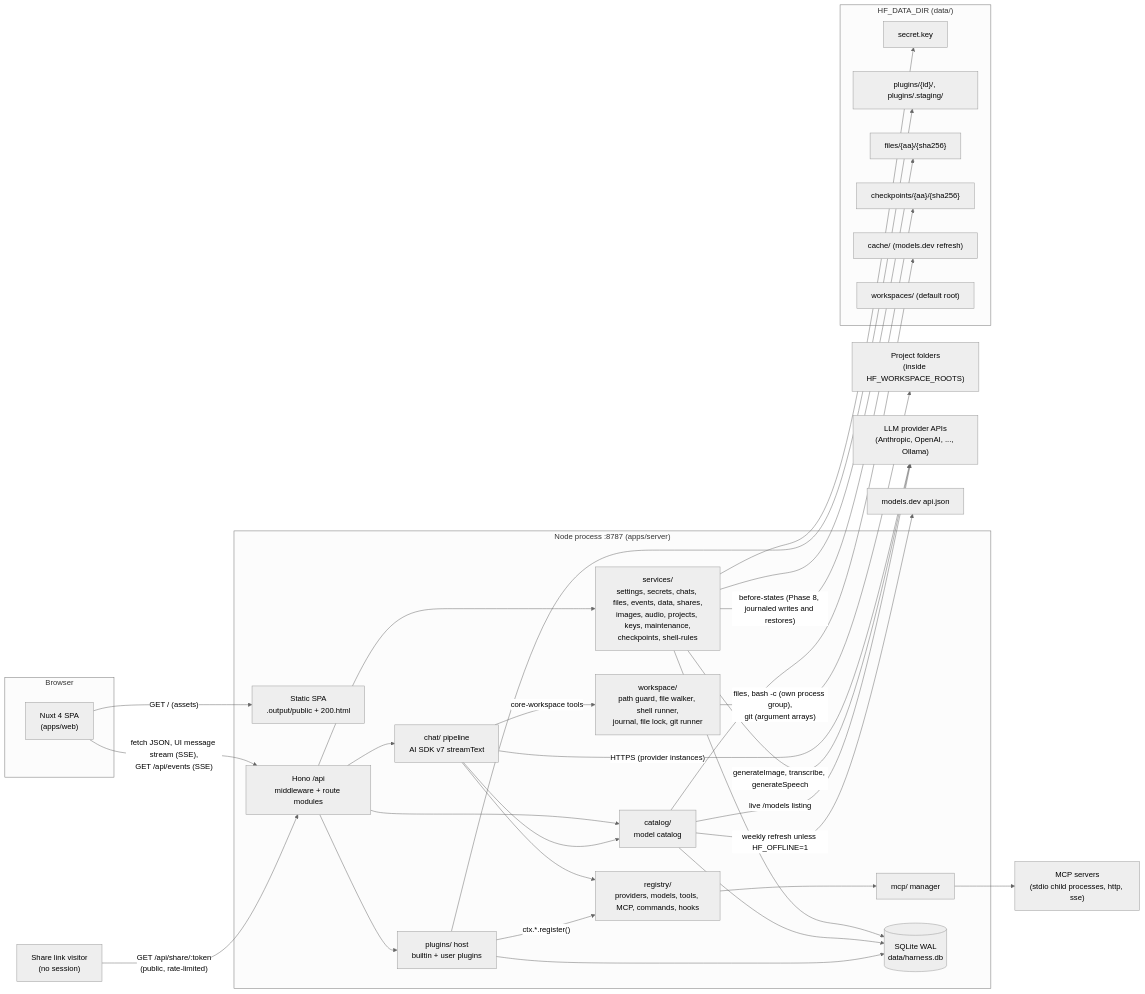
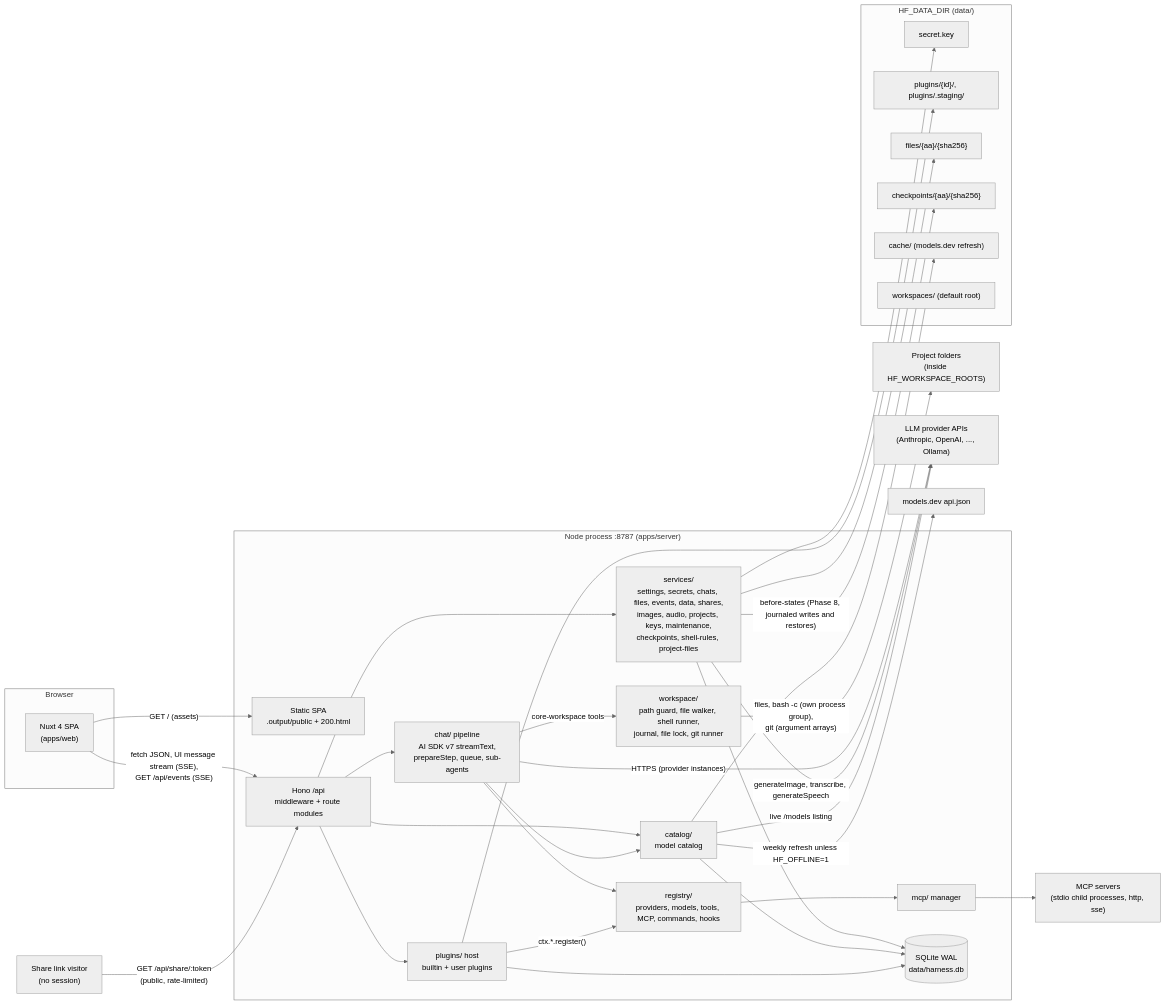
One commit to maksqi/harness-forge changed the first of 20 diagrams in docs/ARCHITECTURE.md. Above: the diagram before and after it, drawn with Mermaid (neutral theme). The commit also changed other lines of this file and 68 other files, not shown here.

````diff
--- a/docs/ARCHITECTURE.md
+++ b/docs/ARCHITECTURE.md
@@ -13,57 +13,57 @@
 ```mermaid
 flowchart LR
   subgraph Browser
     SPA["Nuxt 4 SPA<br/>(apps/web)"]
   end
   subgraph Server["Node process :8787 (apps/server)"]
     Static["Static SPA<br/>.output/public + 200.html"]
     API["Hono /api<br/>middleware + route modules"]
-    Chat["chat/ pipeline<br/>AI SDK v7 streamText"]
+    Chat["chat/ pipeline<br/>AI SDK v7 streamText,<br/>prepareStep, queue, sub-agents"]
     Host["plugins/ host<br/>builtin + user plugins"]
     Reg["registry/<br/>providers, models, tools, MCP, commands, hooks"]
     Cat["catalog/<br/>model catalog"]
     MCPM["mcp/ manager"]
-    Svc["services/<br/>settings, secrets, chats, files, events, data, shares,<br/>images, audio, projects, keys, maintenance,<br/>checkpoints, shell-rules"]
+    Svc["services/<br/>settings, secrets, chats, files, events, data, shares,<br/>images, audio, projects, keys, maintenance,<br/>checkpoints, shell-rules, project-files"]
     WS["workspace/<br/>path guard, file walker, shell runner,<br/>journal, file lock, git runner"]
     DB[("SQLite WAL<br/>data/harness.db")]
   end
   subgraph DataDir["HF_DATA_DIR (data/)"]
     Key["secret.key"]
     PDir["plugins/{id}/, plugins/.staging/"]
     Files["files/{aa}/{sha256}"]
     Ckpt["checkpoints/{aa}/{sha256}"]
     Cache["cache/ (models.dev refresh)"]
     WRoot["workspaces/ (default root)"]
   end
   Proj["Project folders<br/>(inside HF_WORKSPACE_ROOTS)"]
   LLM["LLM provider APIs<br/>(Anthropic, OpenAI, ..., Ollama)"]
   MCPS["MCP servers<br/>(stdio child processes, http, sse)"]
   MD["models.dev api.json"]
 
   SPA -- "fetch JSON, UI message stream (SSE),<br/>GET /api/events (SSE)" --> API
   Visitor["Share link visitor<br/>(no session)"] -- "GET /api/share/:token<br/>(public, rate-limited)" --> API
   SPA -- "GET / (assets)" --> Static
   API --> Chat
   API --> Svc
   API --> Host
   API --> Cat
   Chat --> Reg
   Chat --> Cat
   Host -- "ctx.*.register()" --> Reg
   Reg --> MCPM
   Chat -- "HTTPS (provider instances)" --> LLM
   Svc -- "generateImage, transcribe, generateSpeech" --> LLM
   Cat -- "live /models listing" --> LLM
   Cat -- "weekly refresh unless HF_OFFLINE=1" --> MD
   MCPM --> MCPS
   Chat -- "core-workspace tools" --> WS
   WS -- "files, bash -c (own process group),<br/>git (argument arrays)" --> Proj
   Svc -- "before-states (Phase 8, journaled writes and restores)" --> Ckpt
   Svc --> DB
   Cat --> DB
   Host --> DB
   Svc --> Key
   Svc --> Files
   Host --> PDir
   Cat --> Cache
 ```
````
